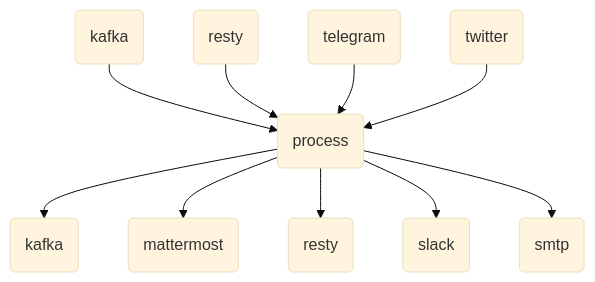
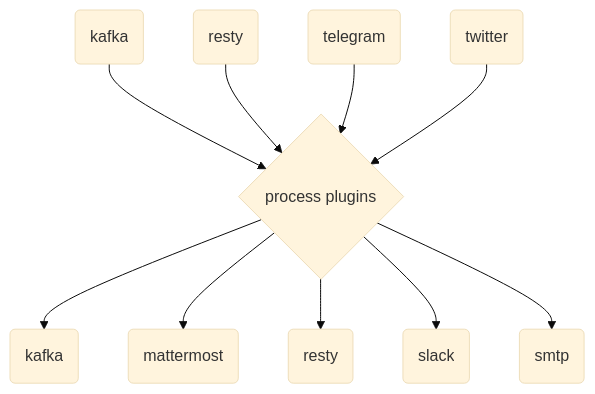
The diagram in README.md (livelace/gosquito), drawn with Mermaid (base theme) before and after one commit.

Commit message:
mermaid experiment

````diff
--- a/README.md
+++ b/README.md
@@ -9,12 +9,12 @@
 ```mermaid
 graph TD;
-    I1(kafka)-->P1(process);
-    I2(resty)-->P1(process);
-    I3(telegram)-->P1(process);
-    I4(twitter)-->P1(process);
+    I1(kafka)-->P1{process plugins};
+    I2(resty)-->P1;
+    I3(telegram)-->P1;
+    I4(twitter)-->P1;
     P1-->O1(kafka);
     P1-->O2(mattermost);
     P1-->O3(resty);
     P1-->O4(slack);
     P1-->O5(smtp);
 ```
````
